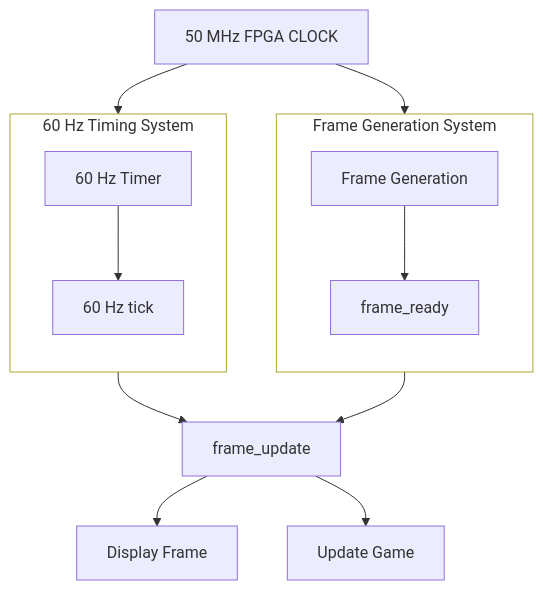
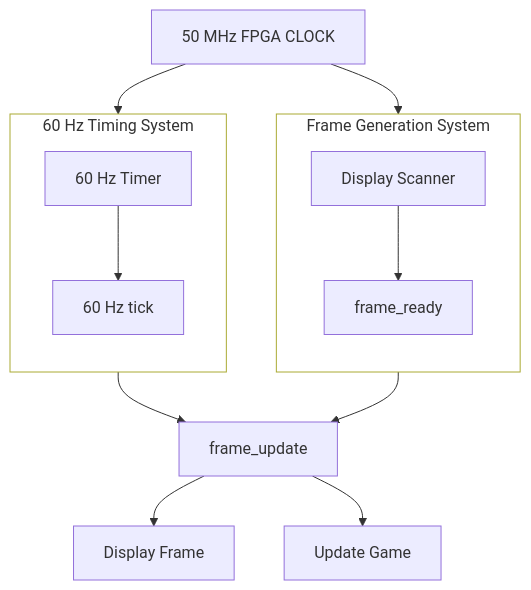
Before and after one commit to JJMullett/FPGA-MiniConsole: the diagram in README.md, drawn with Mermaid.

Commit message:
Rename Frame Generation to Display Scanner

````diff
--- a/README.md
+++ b/README.md
@@ -23,32 +23,32 @@
 ```mermaid
 flowchart TD
 
     CLK["50 MHz FPGA CLOCK"]
 
     subgraph FRAME["Frame Generation System"]
         direction TB
-        FG["Frame Generation"]
+        FG["Display Scanner"]
         READY["frame_ready"]
         FG --> READY
     end
 
     subgraph TIMER["60 Hz Timing System"]
         direction TB
         T60["60 Hz Timer"]
         TICK["60 Hz tick"]
         T60 --> TICK
     end
 
     CLK --> FG
     CLK --> T60
 
     READY --> UPDATE["frame_update"]
     TICK --> UPDATE
 
     UPDATE --> DISPLAY["Display Frame"]
     UPDATE --> GAME["Update Game"]
 
     %% Styling
     style FRAME fill:none
     style TIMER fill:none
 ```
````
